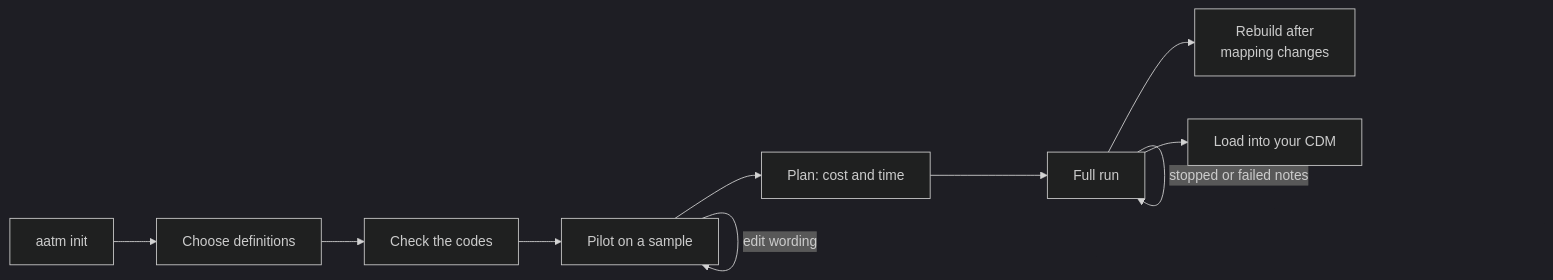
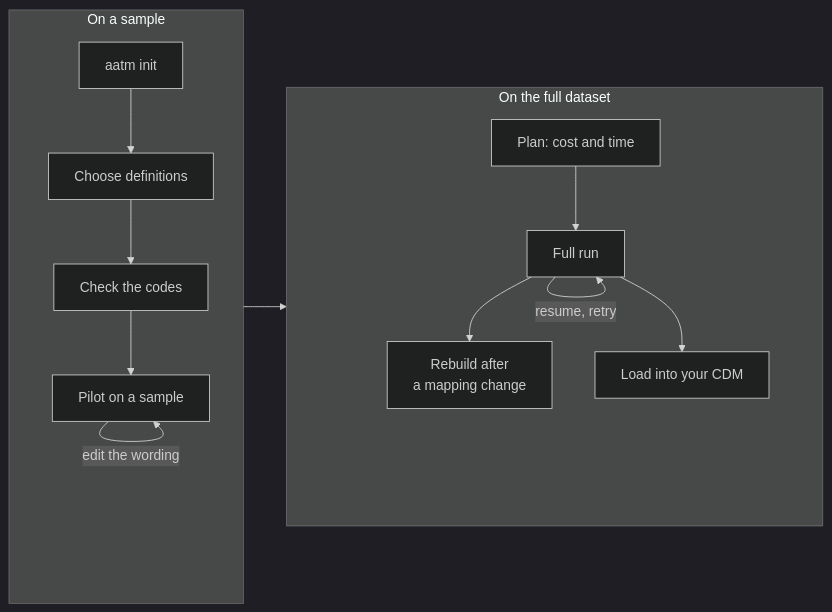
Before and after one commit to precisiondata/aatm: the diagram in docs/getting-started/high_level.md, drawn with Mermaid (dark theme). The commit also changed 5 other files, not shown here.

First line of the commit message:
docs: lay the Mermaid diagrams out top to bottom

````diff
--- a/docs/getting-started/high_level.md
+++ b/docs/getting-started/high_level.md
@@ -19,12 +19,18 @@
 ```mermaid
 flowchart LR
-    S[aatm init] --> D[Choose definitions]
-    D --> C[Check the codes]
-    C --> P[Pilot on a sample]
-    P -->|edit wording| P
-    P --> E[Plan: cost and time]
-    E --> R[Full run]
-    R -->|stopped or failed notes| R
-    R --> B[Rebuild after<br/>mapping changes]
-    R --> L[Load into your CDM]
+    subgraph prepare [On a sample]
+      direction TB
+      S[aatm init] --> D[Choose definitions]
+      D --> C[Check the codes]
+      C --> P[Pilot on a sample]
+      P -->|edit the wording| P
+    end
+    subgraph full [On the full dataset]
+      direction TB
+      E[Plan: cost and time] --> R[Full run]
+      R -->|resume, retry| R
+      R --> B[Rebuild after<br/>a mapping change]
+      R --> L[Load into your CDM]
+    end
+    prepare --> full
 ```
````
